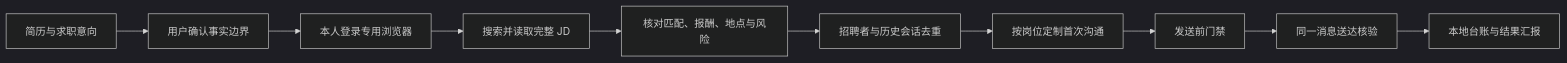
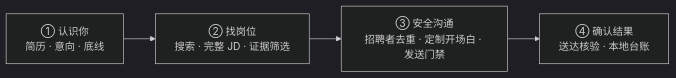
The diagram in README.md (yinren112/bossmate), drawn with Mermaid (dark theme) before and after one commit.

Commit message:
Simplify the workflow diagram

````diff
--- a/README.md
+++ b/README.md
@@ -93,12 +93,8 @@
 ```mermaid
 flowchart LR
-    A["简历与求职意向"] --> B["用户确认事实边界"]
-    B --> C["本人登录专用浏览器"]
-    C --> D["搜索并读取完整 JD"]
-    D --> E["核对匹配、报酬、地点与风险"]
-    E --> F["招聘者与历史会话去重"]
-    F --> G["按岗位定制首次沟通"]
-    G --> H["发送前门禁"]
-    H --> I["同一消息送达核验"]
-    I --> J["本地台账与结果汇报"]
+    A["① 认识你<br/>简历 · 意向 · 底线"]
+    B["② 找岗位<br/>搜索 · 完整 JD · 证据筛选"]
+    C["③ 安全沟通<br/>招聘者去重 · 定制开场白 · 发送门禁"]
+    D["④ 确认结果<br/>送达核验 · 本地台账"]
+    A --> B --> C --> D
 ```
````
